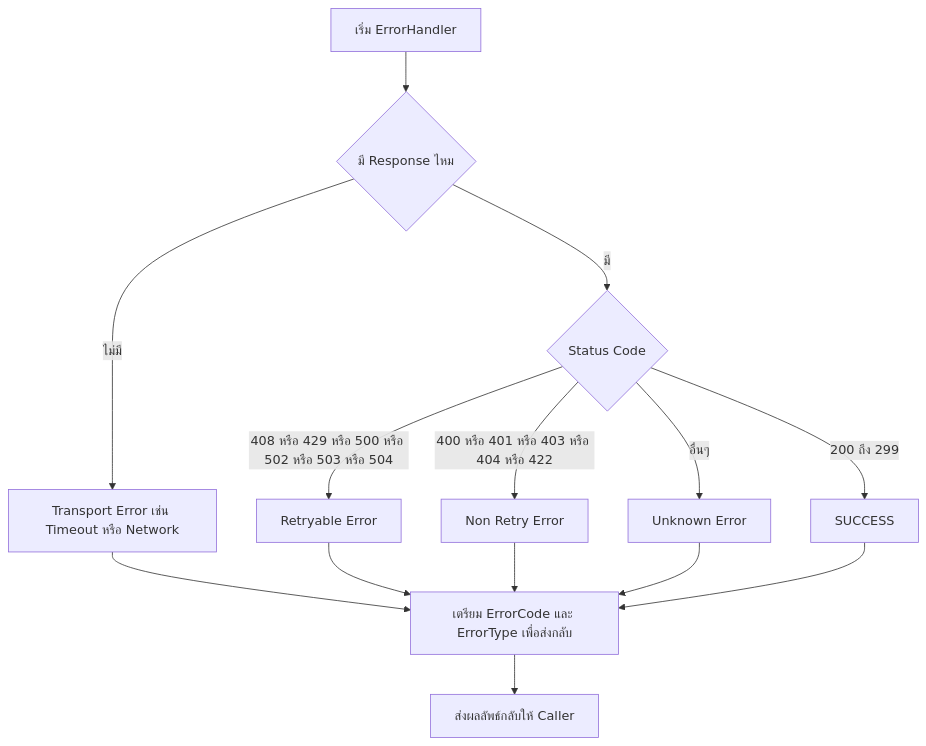
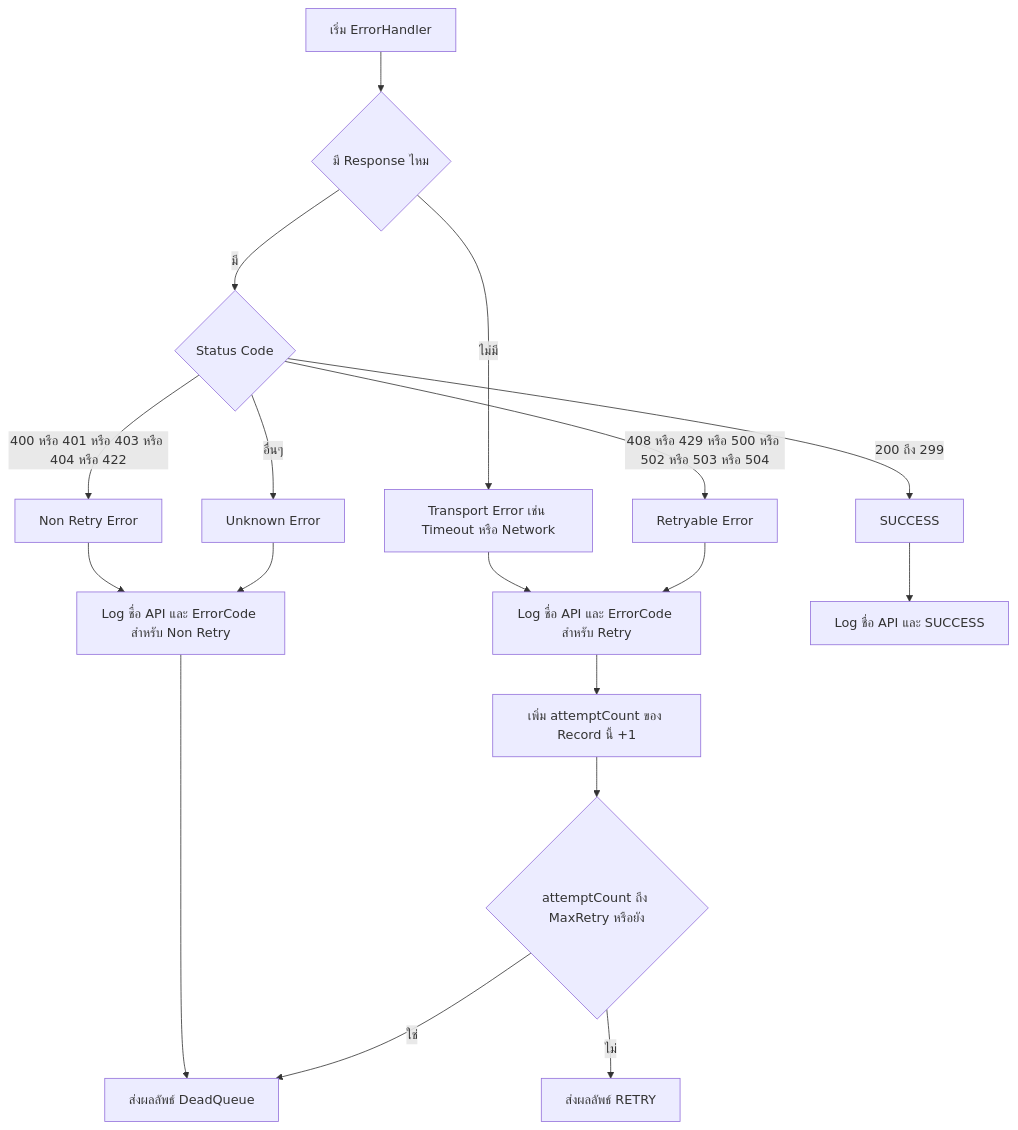
One commit to MethapornANT/FlowEngine changed the diagram in ทำใหม่ V2/ErrorHandler.mmd. Above: the diagram before and after it, drawn with Mermaid. The commit also changed 2 other files, not shown here.

Commit message:
แก้ข้อ B และ Error Handler

```diff
--- a/ทำใหม่ V2/ErrorHandler.mmd
+++ b/ทำใหม่ V2/ErrorHandler.mmd
@@ -1,17 +1,23 @@
 graph TD
 A[เริ่ม ErrorHandler] --> B{มี Response ไหม}
 B -- ไม่มี --> T[Transport Error เช่น Timeout หรือ Network]
 B -- มี --> C{Status Code}
 
 C -- 200 ถึง 299 --> S[SUCCESS]
 C -- 408 หรือ 429 หรือ 500 หรือ 502 หรือ 503 หรือ 504 --> R[Retryable Error]
 C -- 400 หรือ 401 หรือ 403 หรือ 404 หรือ 422 --> N[Non Retry Error]
 C -- อื่นๆ --> U[Unknown Error]
 
-T --> O[เตรียม ErrorCode และ ErrorType เพื่อส่งกลับ]
-R --> O
-N --> O
-U --> O
-S --> O
+T --> Lr[Log ชื่อ API และ ErrorCode สำหรับ Retry]
+R --> Lr
+N --> Ln[Log ชื่อ API และ ErrorCode สำหรับ Non Retry]
+U --> Ln
+S --> Ls[Log ชื่อ API และ SUCCESS]
 
-O --> Z[ส่งผลลัพธ์กลับให้ Caller]
+
+Ln --> D[ส่งผลลัพธ์ DeadQueue]
+
+Lr --> AC[เพิ่ม attemptCount ของ Record นี้ +1]
+AC --> M{attemptCount ถึง MaxRetry หรือยัง}
+M -- ใช่ --> D
+M -- ไม่ --> ZR[ส่งผลลัพธ์ RETRY]
```
